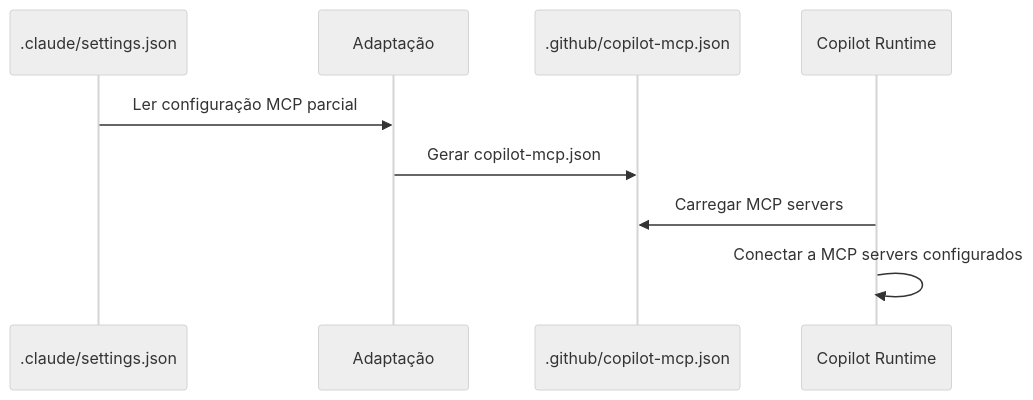
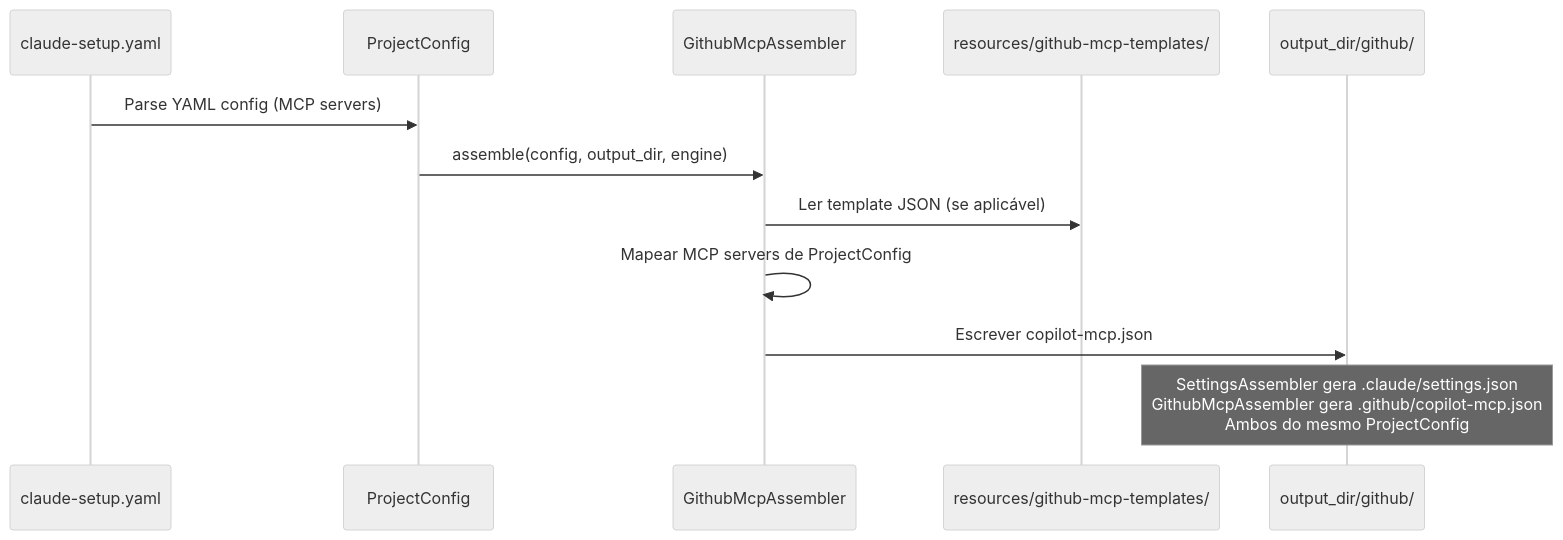
One commit to edercnj/ia-dev-environment changed the diagram in docs/stories/github-structure/STORY-002.md. Above: the diagram before and after it, drawn with Mermaid (neutral theme). The commit also changed other lines of this file and 64 other files, not shown here.

First line of the commit message:
feat: add GithubInstructionsAssembler and gitignore .github/ as generated output

````diff
--- a/docs/stories/github-structure/STORY-002.md
+++ b/docs/stories/github-structure/STORY-002.md
@@ -74,12 +95,16 @@
 ```mermaid
 sequenceDiagram
-    participant S as .claude/settings.json
-    participant A as Adaptação
-    participant M as .github/copilot-mcp.json
-    participant C as Copilot Runtime
+    participant Y as claude-setup.yaml
+    participant P as ProjectConfig
+    participant A as GithubMcpAssembler
+    participant T as resources/github-mcp-templates/
+    participant O as output_dir/github/
 
-    S->>A: Ler configuração MCP parcial
-    A->>M: Gerar copilot-mcp.json
-    C->>M: Carregar MCP servers
-    C->>C: Conectar a MCP servers configurados
+    Y->>P: Parse YAML config (MCP servers)
+    P->>A: assemble(config, output_dir, engine)
+    A->>T: Ler template JSON (se aplicável)
+    A->>A: Mapear MCP servers de ProjectConfig
+    A->>O: Escrever copilot-mcp.json
+
+    Note over O: SettingsAssembler gera .claude/settings.json<br/>GithubMcpAssembler gera .github/copilot-mcp.json<br/>Ambos do mesmo ProjectConfig
 ```
````
